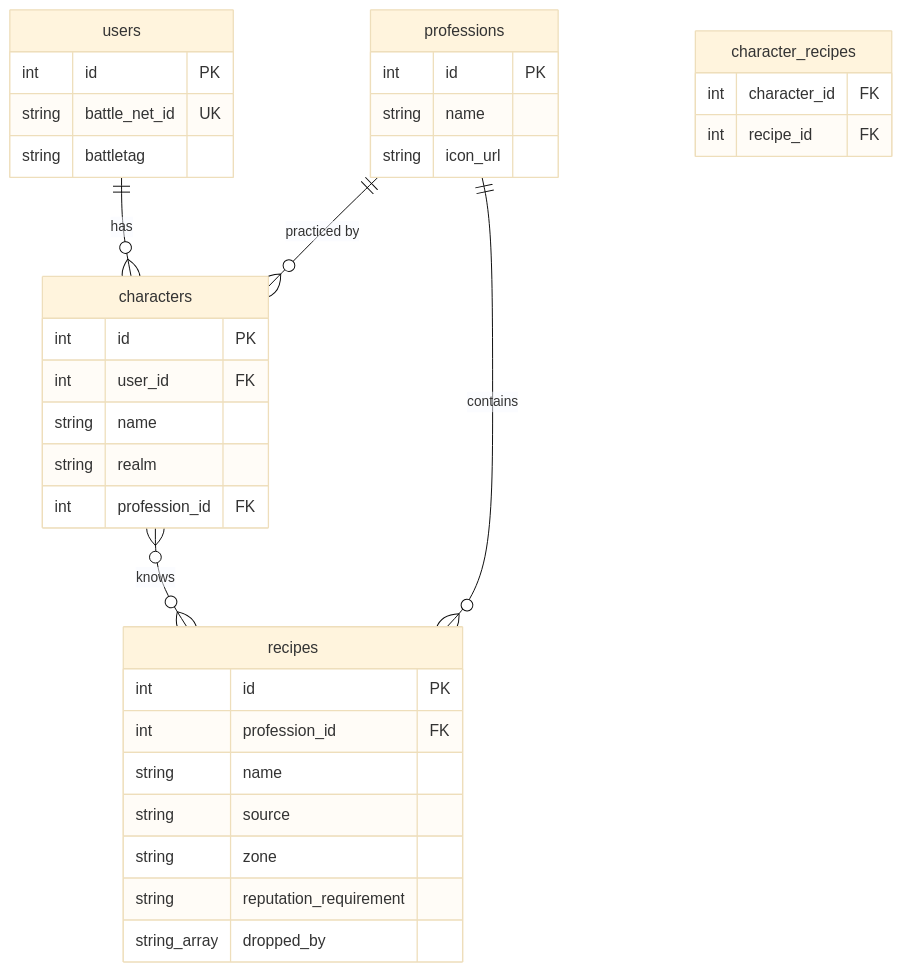
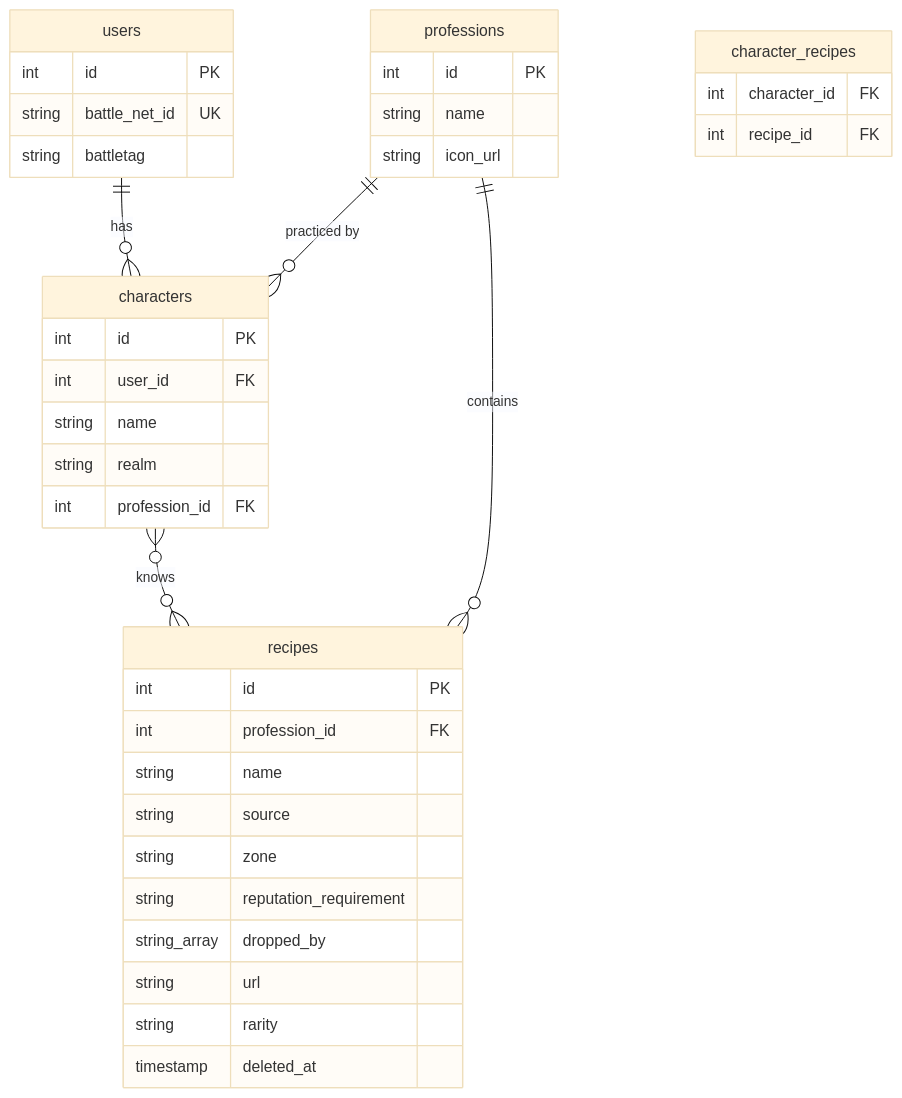
One commit to skatiedust/wow-profession-recipes changed the second of 2 diagrams in tasks/prd-wow-profession-recipes.md. Above: the diagram before and after it, drawn with Mermaid (base theme). The commit also changed other lines of this file and 12 other files, not shown here.

````diff
--- a/tasks/prd-wow-profession-recipes.md
+++ b/tasks/prd-wow-profession-recipes.md
@@ -120,38 +120,41 @@
 ```mermaid
 erDiagram
     users {
         int id PK
         string battle_net_id UK
         string battletag
     }
     characters {
         int id PK
         int user_id FK
         string name
         string realm
         int profession_id FK
     }
     professions {
         int id PK
         string name
         string icon_url
     }
     recipes {
         int id PK
         int profession_id FK
         string name
         string source
         string zone
         string reputation_requirement
         string_array dropped_by
+        string url
+        string rarity
+        timestamp deleted_at
     }
     character_recipes {
         int character_id FK
         int recipe_id FK
     }
 
     users ||--o{ characters : has
     professions ||--o{ characters : "practiced by"
     professions ||--o{ recipes : contains
     characters }o--o{ recipes : knows
 ```
````
